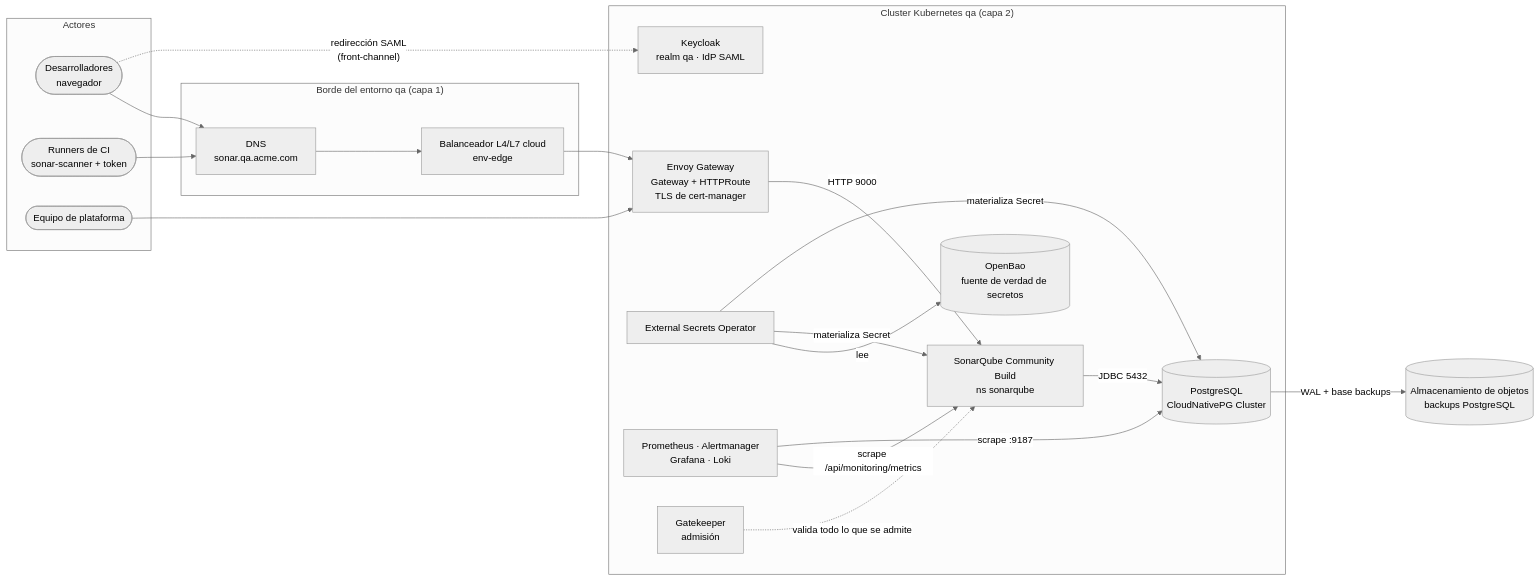
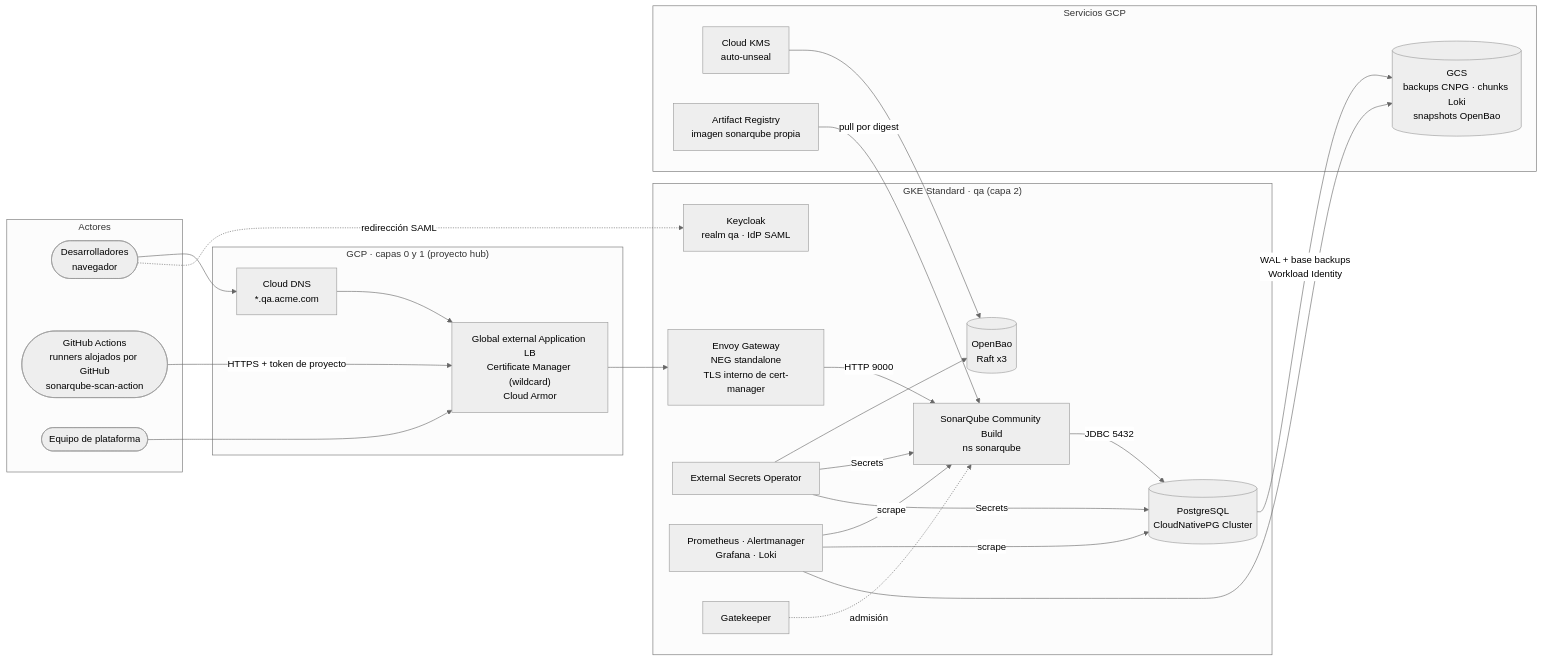
The diagram in docs/proposals/sonarqube-qa/diagrams/01-contexto.mmd (aescanero/proposal_documents), drawn with Mermaid (neutral theme) before and after one commit. The commit also changed 16 other files, not shown here.

First line of the commit message:
SonarQube qa proposal: apply confirmed context (GCP, GitHub, new env, 200 projects)

```diff
--- a/docs/proposals/sonarqube-qa/diagrams/01-contexto.mmd
+++ b/docs/proposals/sonarqube-qa/diagrams/01-contexto.mmd
@@ -1,38 +1,45 @@
 flowchart LR
     subgraph ACT["Actores"]
         DEV(["Desarrolladores<br/>navegador"])
-        CI(["Runners de CI<br/>sonar-scanner + token"])
+        GHA(["GitHub Actions<br/>runners alojados por GitHub<br/>sonarqube-scan-action"])
         OPS(["Equipo de plataforma"])
     end
 
-    subgraph EDGE["Borde del entorno qa (capa 1)"]
-        DNS["DNS<br/>sonar.qa.acme.com"]
-        LB["Balanceador L4/L7 cloud<br/>env-edge"]
+    subgraph GCP0["GCP · capas 0 y 1 (proyecto hub)"]
+        DNS["Cloud DNS<br/>*.qa.acme.com"]
+        LB["Global external Application LB<br/>Certificate Manager (wildcard)<br/>Cloud Armor"]
     end
 
-    subgraph K8S["Cluster Kubernetes qa (capa 2)"]
-        GW["Envoy Gateway<br/>Gateway + HTTPRoute<br/>TLS de cert-manager"]
+    subgraph K8S["GKE Standard · qa (capa 2)"]
+        GW["Envoy Gateway<br/>NEG standalone<br/>TLS interno de cert-manager"]
         SQ["SonarQube Community Build<br/>ns sonarqube"]
         PG[("PostgreSQL<br/>CloudNativePG Cluster")]
         KC["Keycloak<br/>realm qa · IdP SAML"]
         ESO["External Secrets Operator"]
-        BAO[("OpenBao<br/>fuente de verdad de secretos")]
+        BAO[("OpenBao<br/>Raft x3")]
         MON["Prometheus · Alertmanager<br/>Grafana · Loki"]
-        GK["Gatekeeper<br/>admisión"]
+        GK["Gatekeeper"]
     end
 
-    OBJ[("Almacenamiento de objetos<br/>backups PostgreSQL")]
+    subgraph GCPS["Servicios GCP"]
+        GCS[("GCS<br/>backups CNPG · chunks Loki<br/>snapshots OpenBao")]
+        KMS["Cloud KMS<br/>auto-unseal"]
+        AR["Artifact Registry<br/>imagen sonarqube propia"]
+    end
 
     DEV --> DNS --> LB --> GW
-    CI --> DNS
+    GHA -->|"HTTPS + token de proyecto"| LB
     GW -->|"HTTP 9000"| SQ
     SQ -->|"JDBC 5432"| PG
-    DEV -. "redirección SAML<br/>(front-channel)" .-> KC
-    ESO -->|"lee"| BAO
-    ESO -->|"materializa Secret"| SQ
-    ESO -->|"materializa Secret"| PG
-    MON -->|"scrape /api/monitoring/metrics"| SQ
-    MON -->|"scrape :9187"| PG
-    PG -->|"WAL + base backups"| OBJ
-    GK -. "valida todo lo que se admite" .-> SQ
-    OPS --> GW
+    DEV -. "redirección SAML" .-> KC
+    ESO --> BAO
+    ESO -->|"Secrets"| SQ
+    ESO -->|"Secrets"| PG
+    KMS --> BAO
+    MON -->|"scrape"| SQ
+    MON -->|"scrape"| PG
+    PG -->|"WAL + base backups<br/>Workload Identity"| GCS
+    MON --> GCS
+    AR -->|"pull por digest"| SQ
+    GK -. "admisión" .-> SQ
+    OPS --> LB
```
